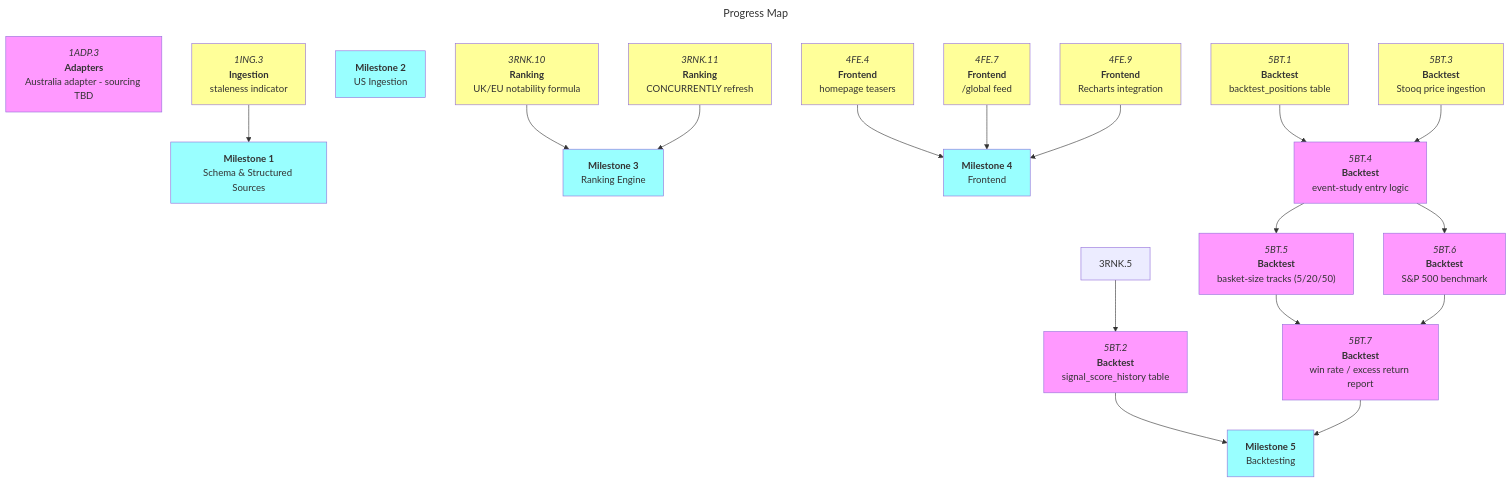
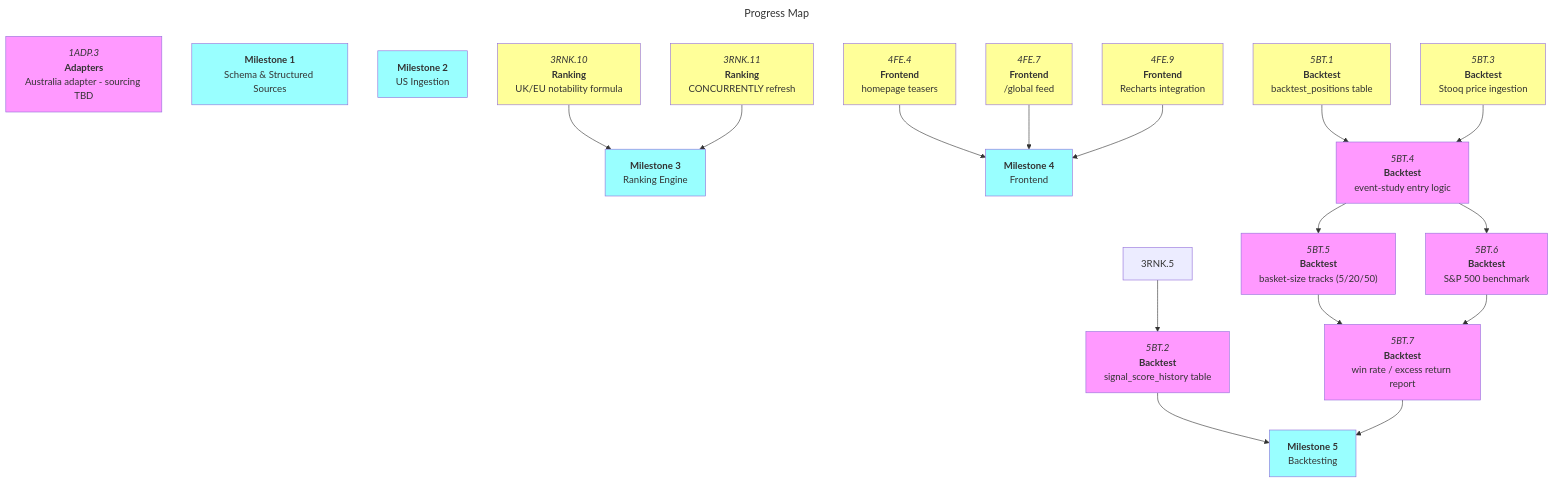
One commit to Oggie112/CrossBench changed the diagram in docs/roadmaps/mvp.md. Above: the diagram before and after it, drawn with Mermaid. The commit also changed other lines of this file and 2 other files, not shown here.

First line of the commit message:
feat(frontend): data-last-updated footer indicator (1ING.3)

````diff
--- a/docs/roadmaps/mvp.md
+++ b/docs/roadmaps/mvp.md
@@ -189,63 +190,60 @@
 ```mermaid
 ---
 title: Progress Map
 ---
 graph TD
 
 1ADP.3["`*1ADP.3*<br/>**Adapters**<br/>Australia adapter - sourcing TBD`"]:::blocked
 
-1ING.3["`*1ING.3*<br/>**Ingestion**<br/>staleness indicator`"]:::open
-
 m1["`**Milestone 1**<br/>Schema & Structured Sources`"]:::mile
-1ING.3 --> m1
 
 m2["`**Milestone 2**<br/>US Ingestion`"]:::mile
 
 3RNK.10["`*3RNK.10*<br/>**Ranking**<br/>UK/EU notability formula`"]:::open
 3RNK.10 --> m3
 
 3RNK.11["`*3RNK.11*<br/>**Ranking**<br/>CONCURRENTLY refresh`"]:::open
 3RNK.11 --> m3
 
 m3["`**Milestone 3**<br/>Ranking Engine`"]:::mile
 
 4FE.4["`*4FE.4*<br/>**Frontend**<br/>homepage teasers`"]:::open
 
 4FE.7["`*4FE.7*<br/>**Frontend**<br/>/global feed`"]:::open
 
 4FE.9["`*4FE.9*<br/>**Frontend**<br/>Recharts integration`"]:::open
 
 m4["`**Milestone 4**<br/>Frontend`"]:::mile
 4FE.4 --> m4
 4FE.7 --> m4
 4FE.9 --> m4
 
 5BT.3["`*5BT.3*<br/>**Backtest**<br/>Stooq price ingestion`"]:::open
 
 5BT.1["`*5BT.1*<br/>**Backtest**<br/>backtest_positions table`"]:::open
 
 5BT.2["`*5BT.2*<br/>**Backtest**<br/>signal_score_history table`"]:::blocked
 3RNK.5 --> 5BT.2
 
 5BT.4["`*5BT.4*<br/>**Backtest**<br/>event-study entry logic`"]:::blocked
 5BT.1 --> 5BT.4
 5BT.3 --> 5BT.4
 
 5BT.5["`*5BT.5*<br/>**Backtest**<br/>basket-size tracks (5/20/50)`"]:::blocked
 5BT.4 --> 5BT.5
 
 5BT.6["`*5BT.6*<br/>**Backtest**<br/>S&P 500 benchmark`"]:::blocked
 5BT.4 --> 5BT.6
 
 5BT.7["`*5BT.7*<br/>**Backtest**<br/>win rate / excess return report`"]:::blocked
 5BT.5 --> 5BT.7
 5BT.6 --> 5BT.7
 
 m5["`**Milestone 5**<br/>Backtesting`"]:::mile
 5BT.2 --> m5
 5BT.7 --> m5
 
 classDef blocked fill:#f9f;
 classDef open fill:#ff9;
 classDef mile fill:#9ff;
 ```
````
